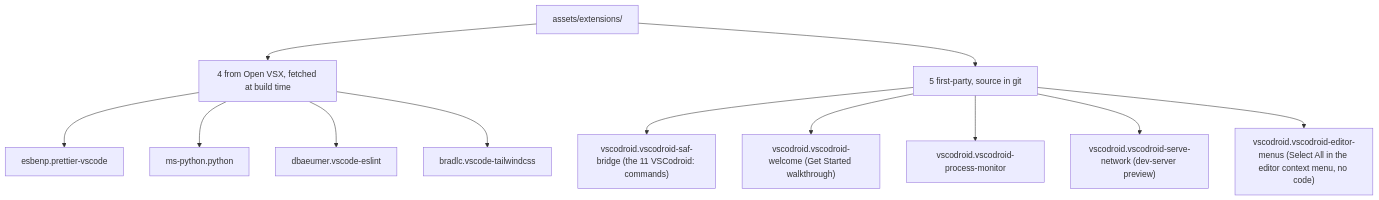
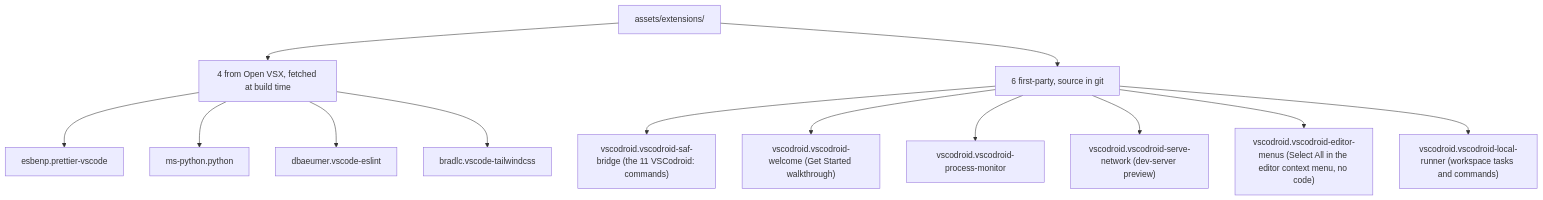
One commit to juninbr866-beep/VSCodroid changed the third of 3 diagrams in docs/05-API_SPEC.md. Above: the diagram before and after it, drawn with Mermaid. The commit also changed other lines of this file and 12 other files, not shown here.

Commit message:
Add local workspace task runner

````diff
--- a/docs/05-API_SPEC.md
+++ b/docs/05-API_SPEC.md
@@ -1072,14 +1072,15 @@
 ```mermaid
 flowchart TD
   ROOT["assets/extensions/"] --> T["4 from Open VSX, fetched at build time"]
-  ROOT --> O["5 first-party, source in git"]
+  ROOT --> O["6 first-party, source in git"]
   T --> T2["esbenp.prettier-vscode"]
   T --> T3["ms-python.python"]
   T --> T4["dbaeumer.vscode-eslint"]
   T --> T5["bradlc.vscode-tailwindcss"]
   O --> O1["vscodroid.vscodroid-saf-bridge (the 11 VSCodroid: commands)"]
   O --> O2["vscodroid.vscodroid-welcome (Get Started walkthrough)"]
   O --> O3["vscodroid.vscodroid-process-monitor"]
   O --> O4["vscodroid.vscodroid-serve-network (dev-server preview)"]
   O --> O5["vscodroid.vscodroid-editor-menus (Select All in the editor context menu, no code)"]
+  O --> O6["vscodroid.vscodroid-local-runner (workspace tasks and commands)"]
 ```
````
